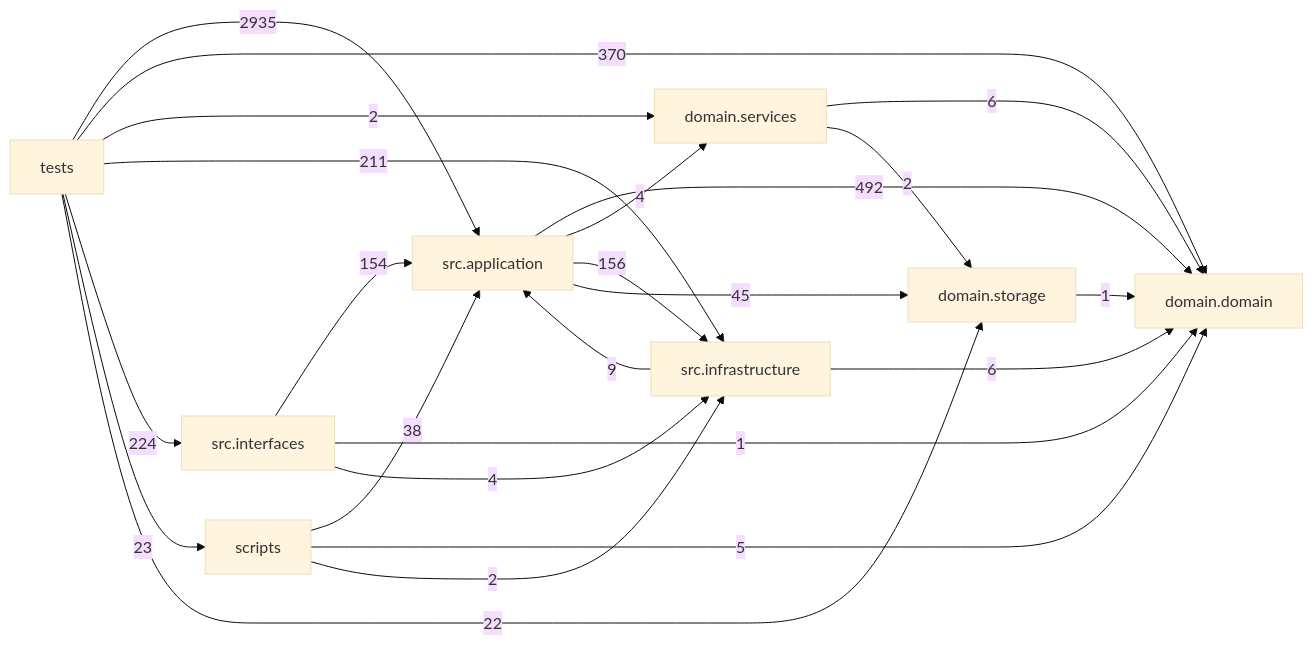
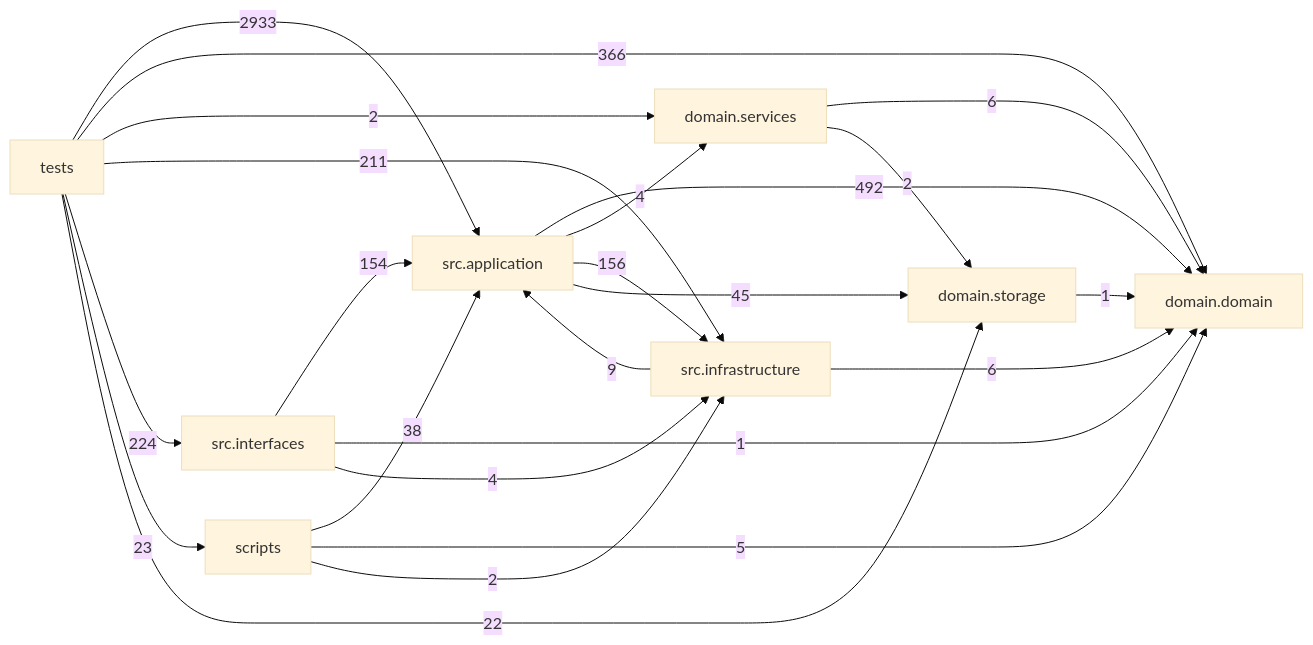
Before and after one commit to liuxie066/options-monitor: the diagram in docs/DEPENDENCY_GRAPH.md, drawn with Mermaid (base theme). The commit also changed other lines of this file, not shown here.

Commit message:
docs(graph): regenerate after the final consolidation waves

````diff
--- a/docs/DEPENDENCY_GRAPH.md
+++ b/docs/DEPENDENCY_GRAPH.md
@@ -24,33 +24,33 @@
 ```mermaid
 flowchart LR
   tests["tests"]
   scripts["scripts"]
   interfaces["src.interfaces"]
   application["src.application"]
   infrastructure["src.infrastructure"]
   domain_services["domain.services"]
   domain["domain.domain"]
   storage["domain.storage"]
   application -->|492| domain
   application -->|4| domain_services
   application -->|156| infrastructure
   application -->|45| storage
   domain_services -->|6| domain
   domain_services -->|2| storage
   infrastructure -->|9| application
   infrastructure -->|6| domain
   interfaces -->|154| application
   interfaces -->|1| domain
   interfaces -->|4| infrastructure
   scripts -->|38| application
   scripts -->|5| domain
   scripts -->|2| infrastructure
   storage -->|1| domain
-  tests -->|2935| application
-  tests -->|370| domain
+  tests -->|2933| application
+  tests -->|366| domain
   tests -->|2| domain_services
   tests -->|211| infrastructure
   tests -->|224| interfaces
   tests -->|23| scripts
   tests -->|22| storage
 ```
````
